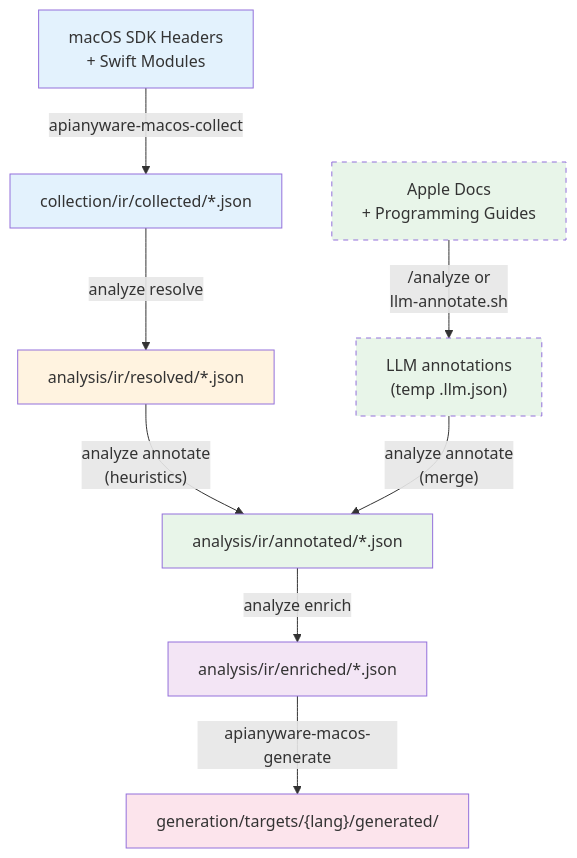
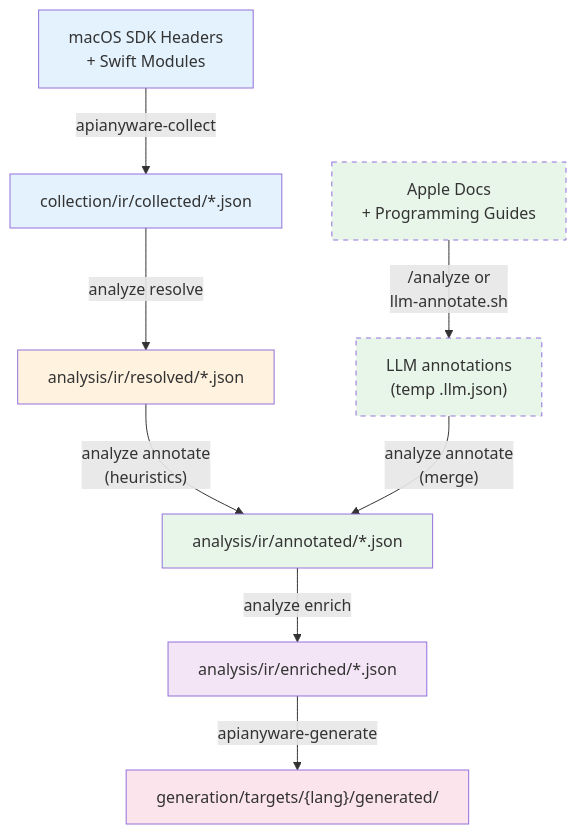
One commit to Linkuistics/APIAnyware changed the second of 2 diagrams in docs/pipeline/annotation-workflow.md. Above: the diagram before and after it, drawn with Mermaid. The commit also changed other lines of this file and 237 other files, not shown here.

First line of the commit message:
grove(structural-refactoring): internal rename apianyware-macos → apianyware (internal-rename-k4)

````diff
--- a/docs/pipeline/annotation-workflow.md
+++ b/docs/pipeline/annotation-workflow.md
@@ -177,19 +177,19 @@
 ```mermaid
 flowchart TD
-    SDK["macOS SDK Headers<br/>+ Swift Modules"] -->|"apianyware-macos-collect"| Collected["collection/ir/collected/*.json"]
+    SDK["macOS SDK Headers<br/>+ Swift Modules"] -->|"apianyware-collect"| Collected["collection/ir/collected/*.json"]
     Collected -->|"analyze resolve"| Resolved["analysis/ir/resolved/*.json"]
     Resolved -->|"analyze annotate<br/>(heuristics)"| Annotated["analysis/ir/annotated/*.json"]
     AppleDocs["Apple Docs<br/>+ Programming Guides"] -->|"/analyze or<br/>llm-annotate.sh"| LLM["LLM annotations<br/>(temp .llm.json)"]
     LLM -->|"analyze annotate<br/>(merge)"| Annotated
     Annotated -->|"analyze enrich"| Enriched["analysis/ir/enriched/*.json"]
-    Enriched -->|"apianyware-macos-generate"| Bindings["generation/targets/{lang}/generated/"]
+    Enriched -->|"apianyware-generate"| Bindings["generation/targets/{lang}/generated/"]
 
     style SDK fill:#e3f2fd
     style Collected fill:#e3f2fd
     style Resolved fill:#fff3e0
     style Annotated fill:#e8f5e9
     style LLM fill:#e8f5e9,stroke-dasharray: 5 5
     style Enriched fill:#f3e5f5
     style Bindings fill:#fce4ec
     style AppleDocs fill:#e8f5e9,stroke-dasharray: 5 5
 ```
````
